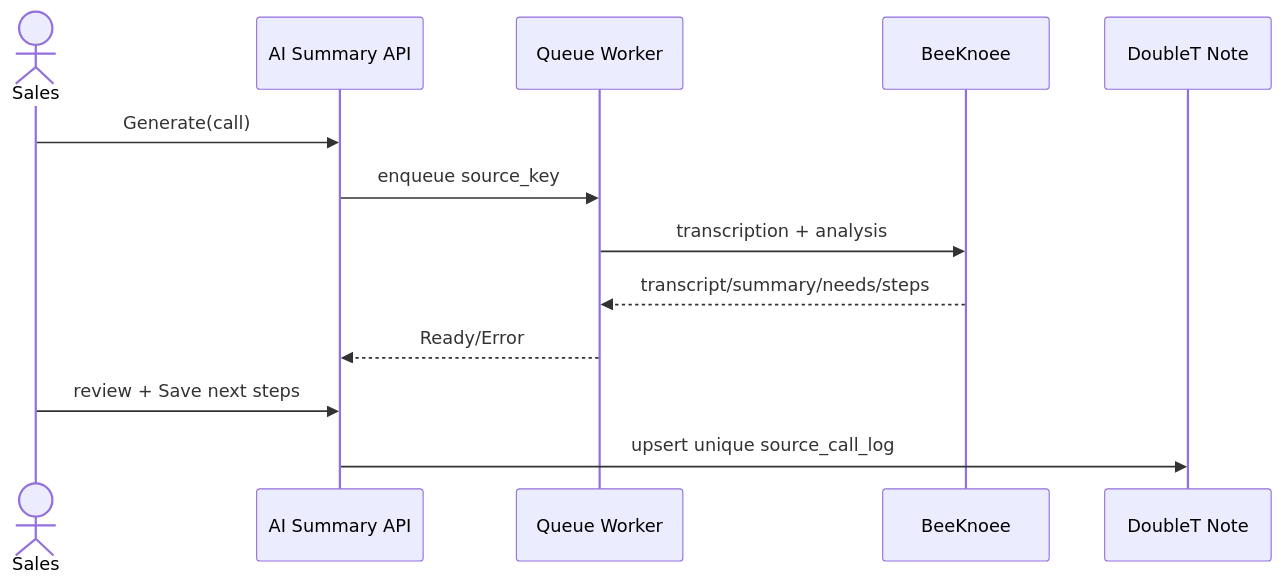
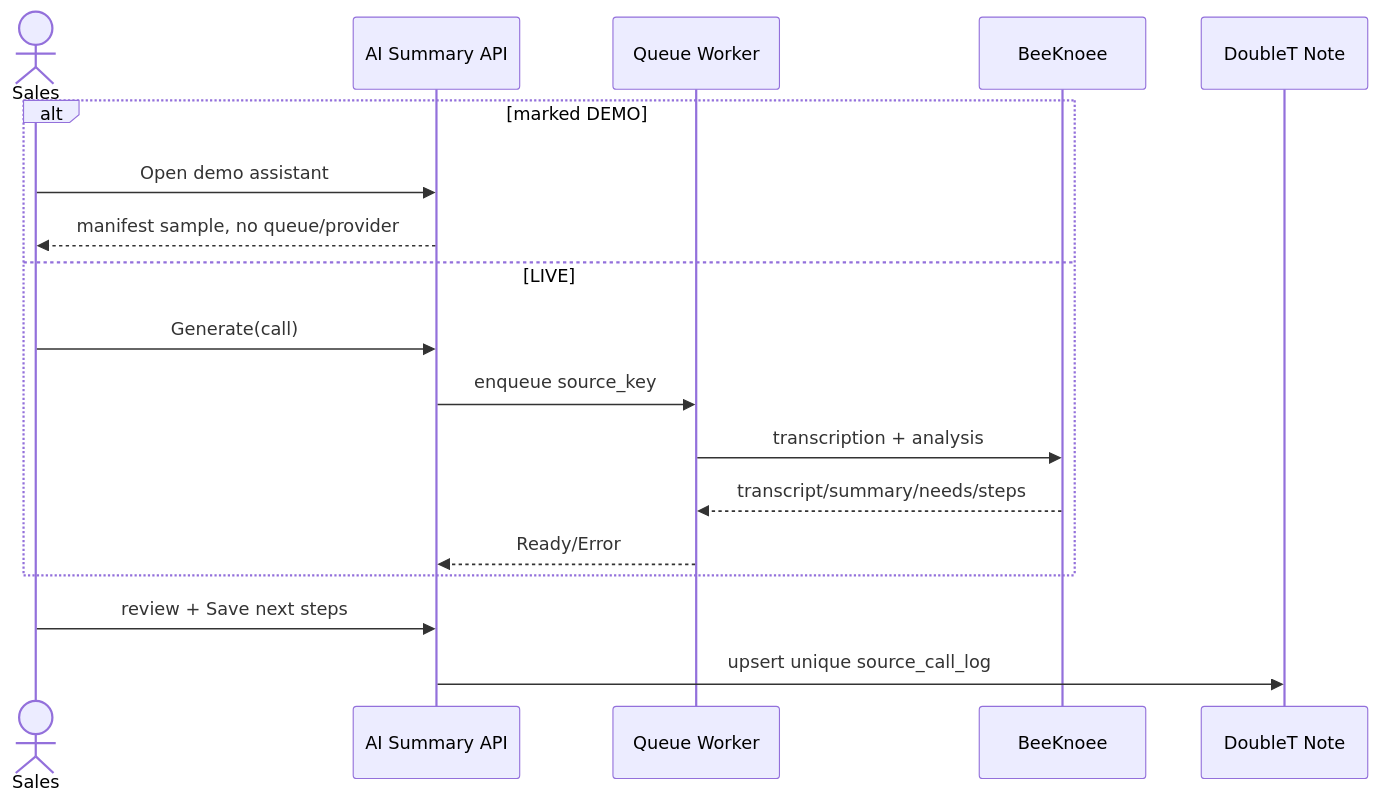
The diagram in docs/workflows/WF_06_CALL_AI_NOTE.md (TuyenVont/doublet_crm), drawn with Mermaid before and after one commit. The commit also changed other lines of this file and 45 other files, not shown here.

````diff
--- a/docs/workflows/WF_06_CALL_AI_NOTE.md
+++ b/docs/workflows/WF_06_CALL_AI_NOTE.md
@@ -11,15 +12,20 @@
 ```mermaid
 sequenceDiagram
   actor S as Sales
   participant A as AI Summary API
   participant W as Queue Worker
   participant P as BeeKnoee
   participant N as DoubleT Note
-  S->>A: Generate(call)
-  A->>W: enqueue source_key
-  W->>P: transcription + analysis
-  P-->>W: transcript/summary/needs/steps
-  W-->>A: Ready/Error
+  alt marked DEMO
+    S->>A: Open demo assistant
+    A-->>S: manifest sample, no queue/provider
+  else LIVE
+    S->>A: Generate(call)
+    A->>W: enqueue source_key
+    W->>P: transcription + analysis
+    P-->>W: transcript/summary/needs/steps
+    W-->>A: Ready/Error
+  end
   S->>A: review + Save next steps
   A->>N: upsert unique source_call_log
 ```
````
